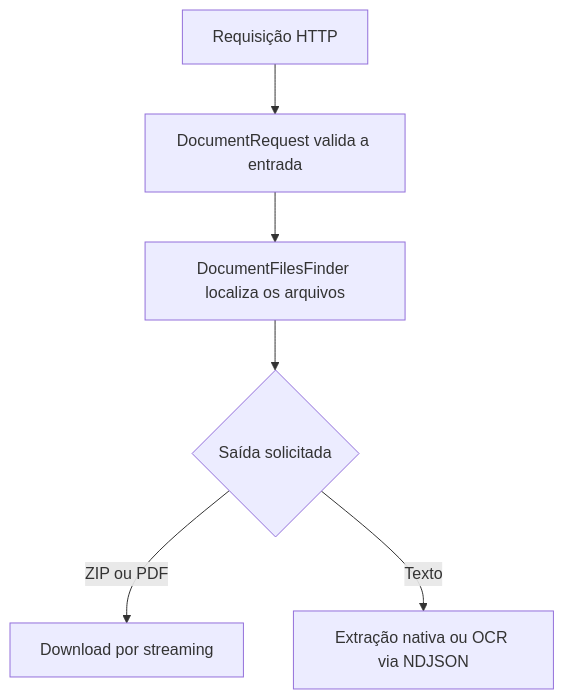
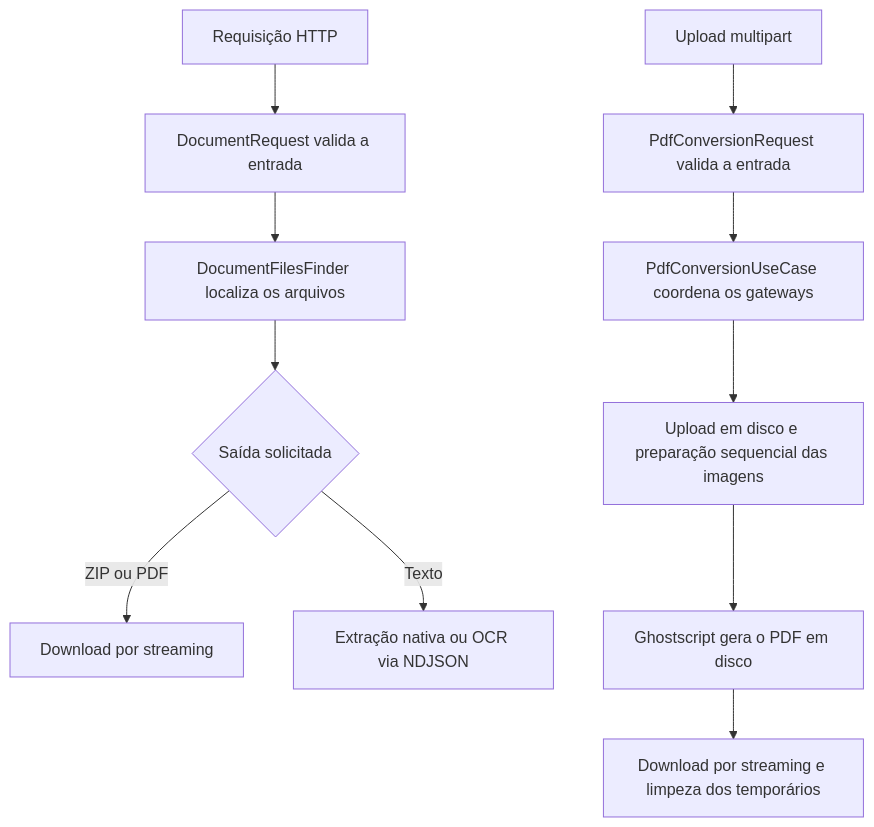
Before and after one commit to marcosfrancomarinho/baixari-backend: the diagram in README.md, drawn with Mermaid. The commit also changed other lines of this file and 37 other files, not shown here.

````diff
--- a/README.md
+++ b/README.md
@@ -45,8 +49,13 @@
 ```mermaid
 flowchart TD
     A["Requisição HTTP"] --> B["DocumentRequest valida a entrada"]
     B --> C["DocumentFilesFinder localiza os arquivos"]
     C --> D{"Saída solicitada"}
     D -->|ZIP ou PDF| E["Download por streaming"]
     D -->|Texto| F["Extração nativa ou OCR via NDJSON"]
+    U["Upload multipart"] --> V["PdfConversionRequest valida a entrada"]
+    V --> W["PdfConversionUseCase coordena os gateways"]
+    W --> X["Upload em disco e preparação sequencial das imagens"]
+    X --> Y["Ghostscript gera o PDF em disco"]
+    Y --> Z["Download por streaming e limpeza dos temporários"]
 ```
````
